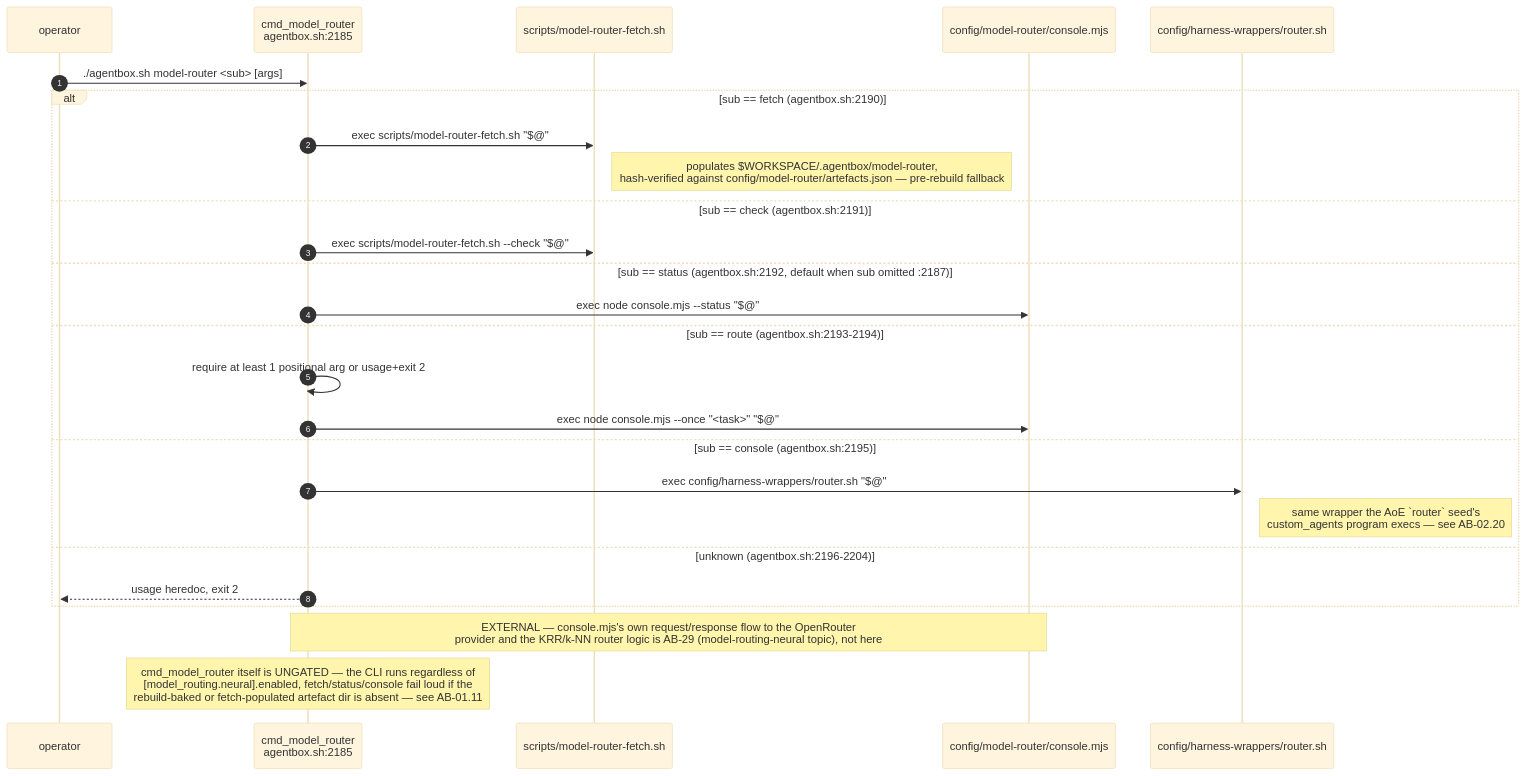
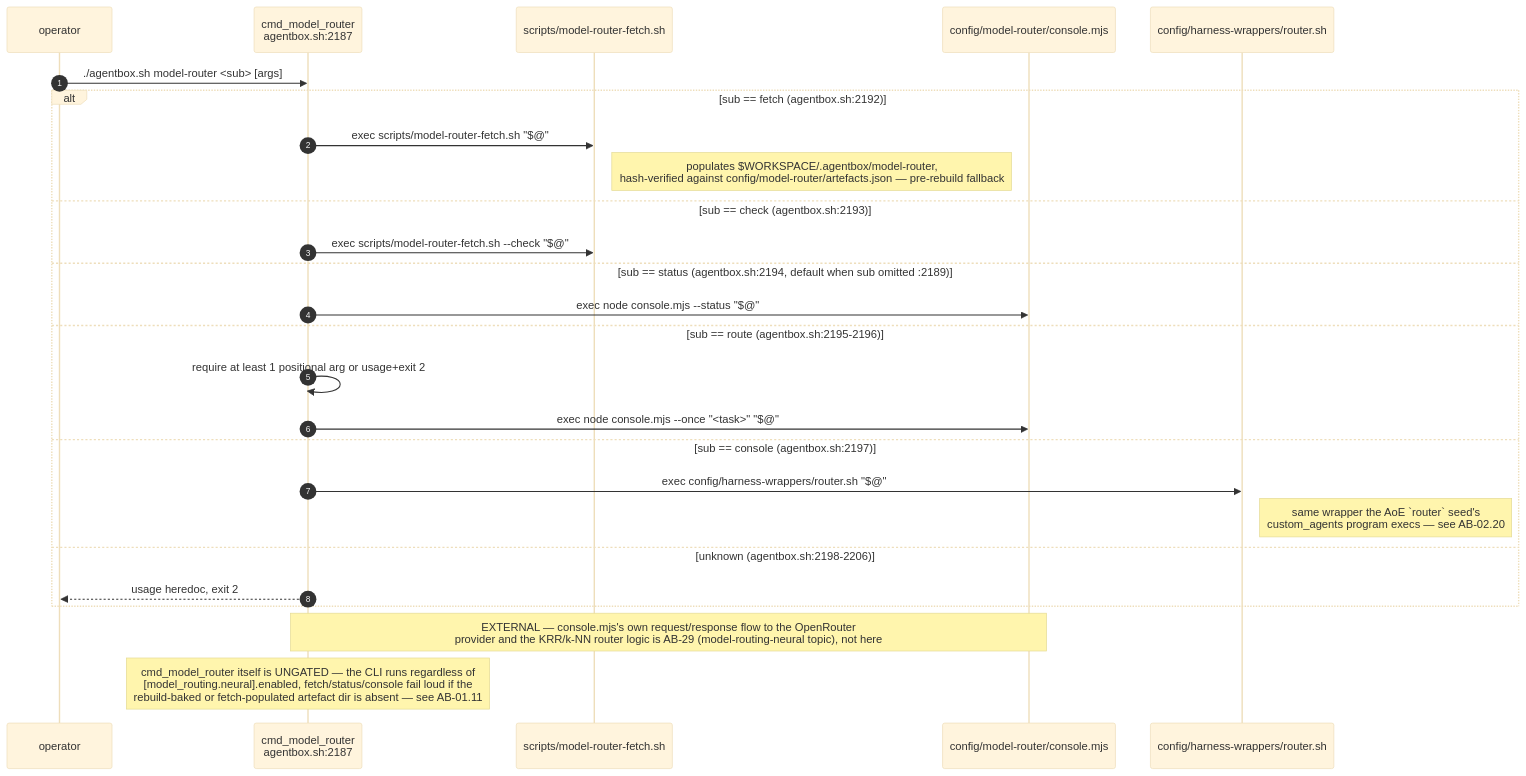
Before and after one commit to DreamLab-AI/VisionFlow: diagram 11 of 14 in docs/diagrams/agentbox/05-manifest-gates-and-cli.md, drawn with Mermaid (base theme). The commit also changed other lines of this file and 94 other files, not shown here.

First line of the commit message:
docs(diagrams): re-verify 130 topics against 2 October HEADs

````diff
--- a/docs/diagrams/agentbox/05-manifest-gates-and-cli.md
+++ b/docs/diagrams/agentbox/05-manifest-gates-and-cli.md
@@ -327,30 +327,30 @@
 ```mermaid
 sequenceDiagram
     autonumber
     participant OP as operator
-    participant AB as cmd_model_router<br/>agentbox.sh:2185
+    participant AB as cmd_model_router<br/>agentbox.sh:2187
     participant FETCH as scripts/model-router-fetch.sh
     participant CONSOLE as config/model-router/console.mjs
     participant WRAP as config/harness-wrappers/router.sh
 
     OP->>AB: ./agentbox.sh model-router <sub> [args]
-    alt sub == fetch (agentbox.sh:2190)
+    alt sub == fetch (agentbox.sh:2192)
         AB->>FETCH: exec scripts/model-router-fetch.sh "$@"
         Note right of FETCH: populates $WORKSPACE/.agentbox/model-router,<br/>hash-verified against config/model-router/artefacts.json — pre-rebuild fallback
-    else sub == check (agentbox.sh:2191)
+    else sub == check (agentbox.sh:2193)
         AB->>FETCH: exec scripts/model-router-fetch.sh --check "$@"
-    else sub == status (agentbox.sh:2192, default when sub omitted :2187)
+    else sub == status (agentbox.sh:2194, default when sub omitted :2189)
         AB->>CONSOLE: exec node console.mjs --status "$@"
-    else sub == route (agentbox.sh:2193-2194)
+    else sub == route (agentbox.sh:2195-2196)
         AB->>AB: require at least 1 positional arg or usage+exit 2
         AB->>CONSOLE: exec node console.mjs --once "<task>" "$@"
-    else sub == console (agentbox.sh:2195)
+    else sub == console (agentbox.sh:2197)
         AB->>WRAP: exec config/harness-wrappers/router.sh "$@"
         Note right of WRAP: same wrapper the AoE `router` seed's<br/>custom_agents program execs — see AB-02.20
-    else unknown (agentbox.sh:2196-2204)
+    else unknown (agentbox.sh:2198-2206)
         AB-->>OP: usage heredoc, exit 2
     end
 
     Note over AB,CONSOLE: EXTERNAL — console.mjs's own request/response flow to the OpenRouter<br/>provider and the KRR/k-NN router logic is AB-29 (model-routing-neural topic), not here
     Note over AB: cmd_model_router itself is UNGATED — the CLI runs regardless of<br/>[model_routing.neural].enabled, fetch/status/console fail loud if the<br/>rebuild-baked or fetch-populated artefact dir is absent — see AB-01.11
 ```
````
